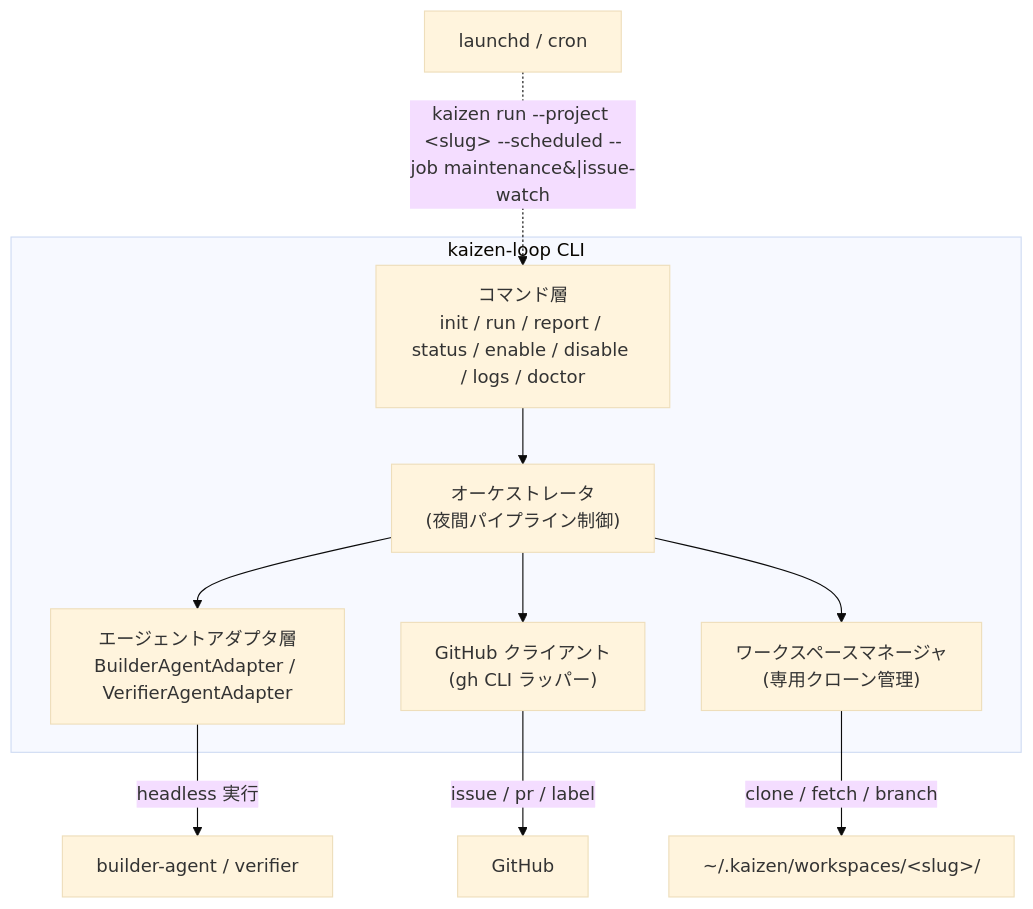
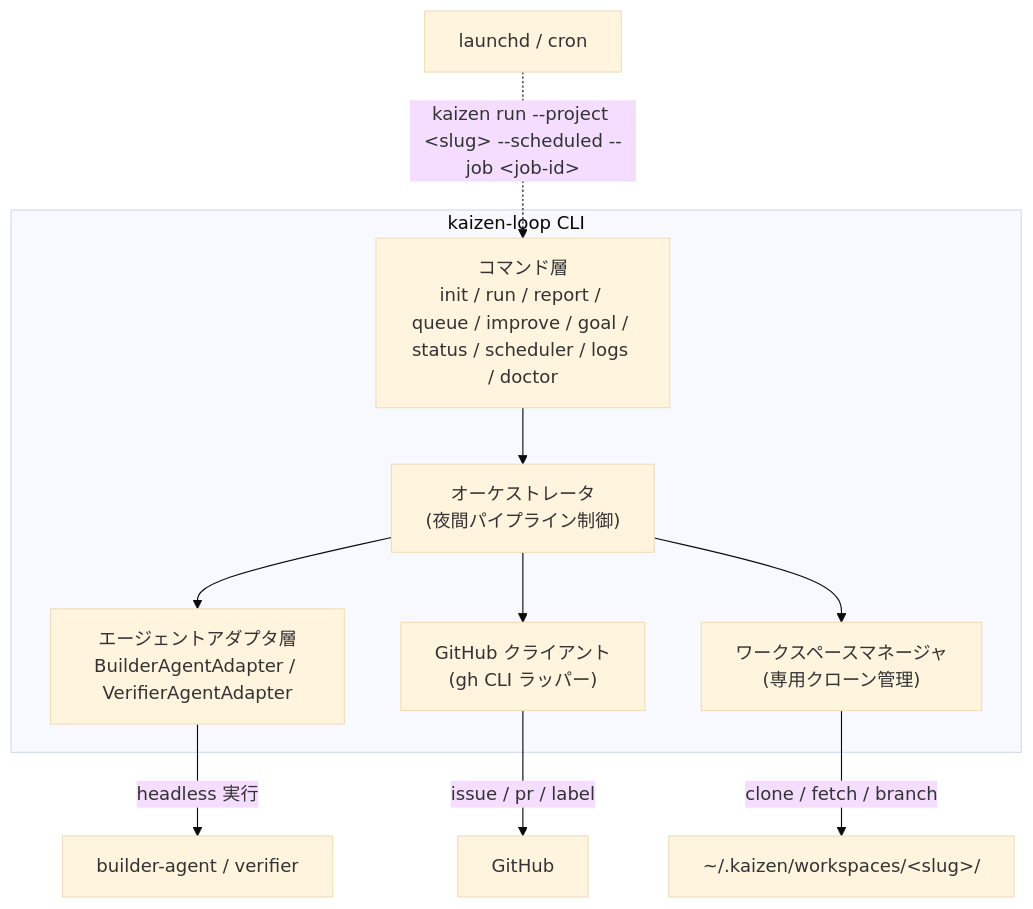
One commit to kaizen-agents-org/kaizen-loop changed the diagram in docs/01-architecture.md. Above: the diagram before and after it, drawn with Mermaid (base theme). The commit also changed other lines of this file and 8 other files, not shown here.

````diff
--- a/docs/01-architecture.md
+++ b/docs/01-architecture.md
@@ -7,18 +7,18 @@
 ```mermaid
 flowchart TB
     subgraph cli["kaizen-loop CLI"]
-        CMD["コマンド層<br/>init / run / report / status / enable / disable / logs / doctor"]
+        CMD["コマンド層<br/>init / run / report / queue / improve / goal / status / scheduler / logs / doctor"]
         ORCH["オーケストレータ<br/>(夜間パイプライン制御)"]
         ADAPT["エージェントアダプタ層<br/>BuilderAgentAdapter / VerifierAgentAdapter"]
         GHC["GitHub クライアント<br/>(gh CLI ラッパー)"]
         WSM["ワークスペースマネージャ<br/>(専用クローン管理)"]
     end
     CMD --> ORCH
     ORCH --> ADAPT
     ORCH --> GHC
     ORCH --> WSM
     ADAPT -->|"headless 実行"| EXT1["builder-agent / verifier"]
     GHC -->|"issue / pr / label"| EXT2["GitHub"]
     WSM -->|"clone / fetch / branch"| EXT3["~/.kaizen/workspaces/&lt;slug&gt;/"]
-    SCHED["launchd / cron"] -.->|"kaizen run --project &lt;slug&gt; --scheduled --job maintenance&#124;issue-watch"| CMD
+    SCHED["launchd / cron"] -.->|"kaizen run --project &lt;slug&gt; --scheduled --job &lt;job-id&gt;"| CMD
 ```
````
